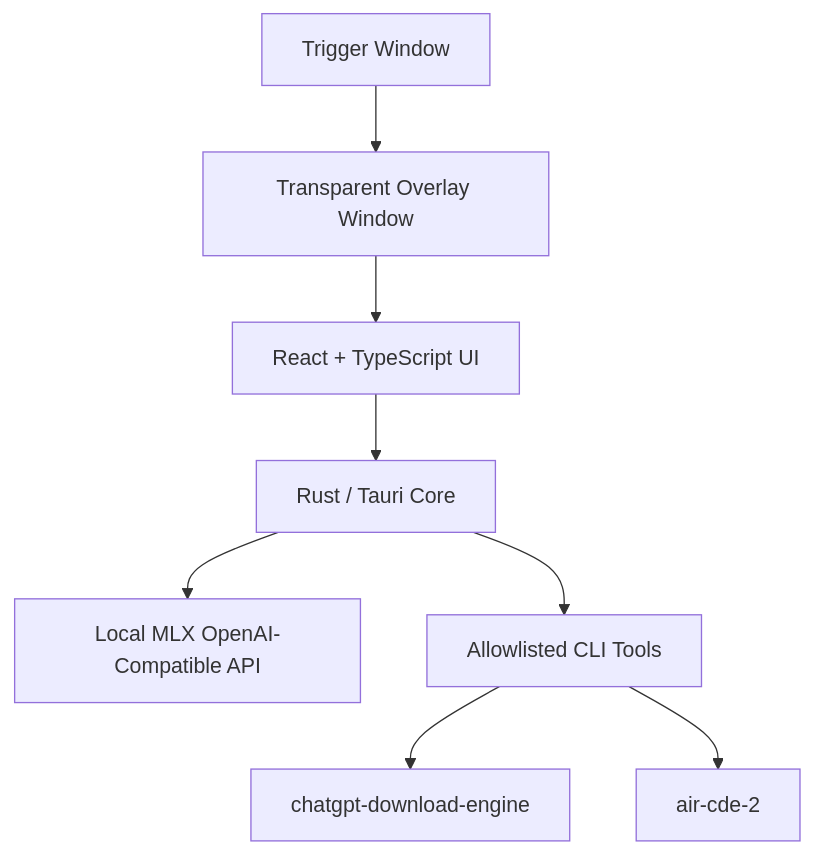
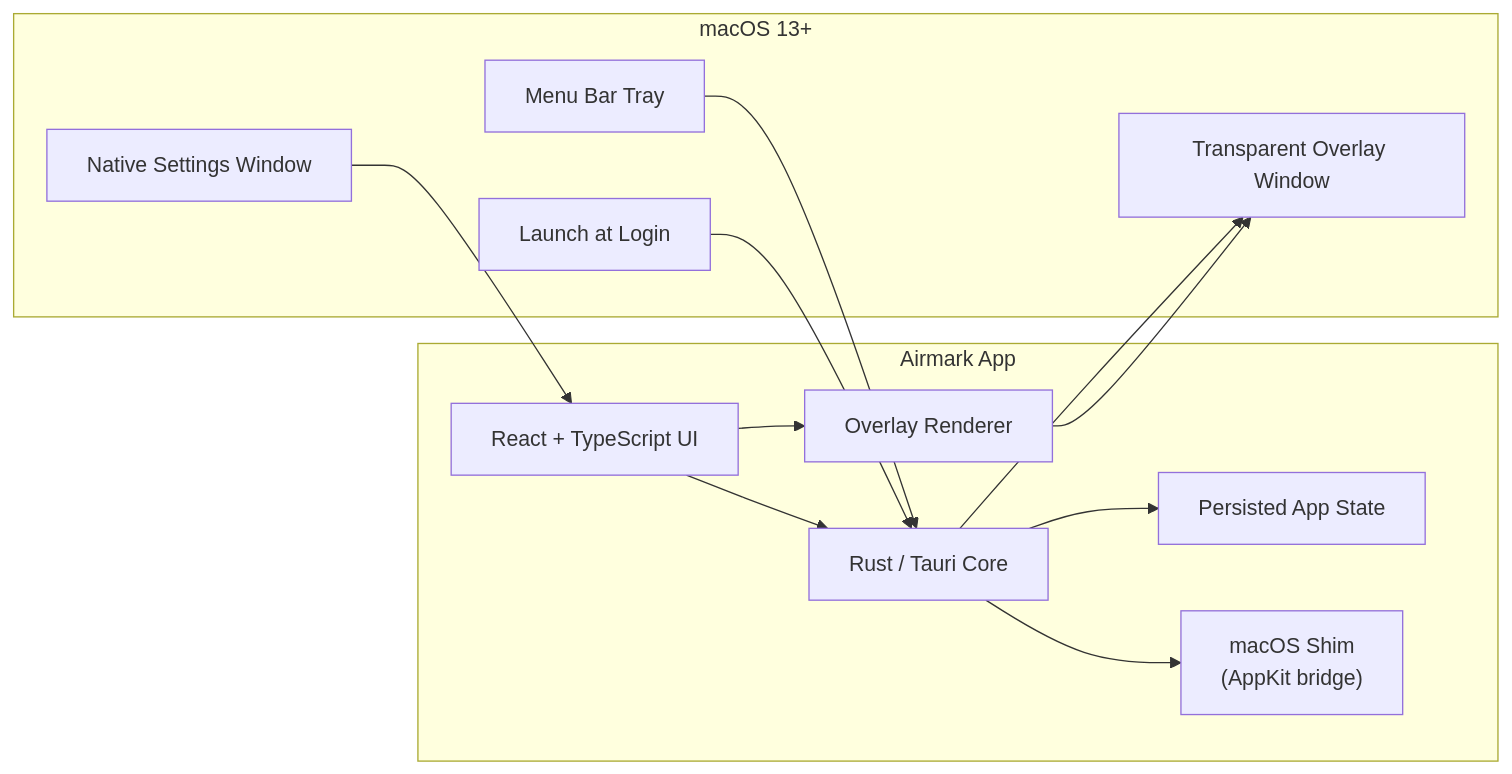
Before and after one commit to anujraja404/airmark: the diagram in README.md, drawn with Mermaid. The commit also changed other lines of this file and 24 other files, not shown here.

First line of the commit message:
Revert "Update AirAssistant app workflow"

````diff
--- a/README.md
+++ b/README.md
@@ -16,10 +27,27 @@
 ```mermaid
-flowchart TB
-  Trigger["Trigger Window"] --> Overlay["Transparent Overlay Window"]
-  Overlay --> React["React + TypeScript UI"]
-  React --> Rust["Rust / Tauri Core"]
-  Rust --> MLX["Local MLX OpenAI-Compatible API"]
-  Rust --> Tools["Allowlisted CLI Tools"]
-  Tools --> ChatGPT["chatgpt-download-engine"]
-  Tools --> AirCDE["air-cde-2"]
+flowchart LR
+  subgraph macOS["macOS 13+"]
+    Tray["Menu Bar Tray"]
+    SettingsWindow["Native Settings Window"]
+    OverlayWindow["Transparent Overlay Window"]
+    LoginItem["Launch at Login"]
+  end
+
+  subgraph App["Airmark App"]
+    Rust["Rust / Tauri Core"]
+    State["Persisted App State"]
+    MacOSShim["macOS Shim\n(AppKit bridge)"]
+    Frontend["React + TypeScript UI"]
+    Renderer["Overlay Renderer"]
+  end
+
+  Tray --> Rust
+  SettingsWindow --> Frontend
+  Frontend --> Rust
+  Rust --> State
+  Rust --> MacOSShim
+  Rust --> OverlayWindow
+  Frontend --> Renderer
+  Renderer --> OverlayWindow
+  LoginItem --> Rust
 ```
````
